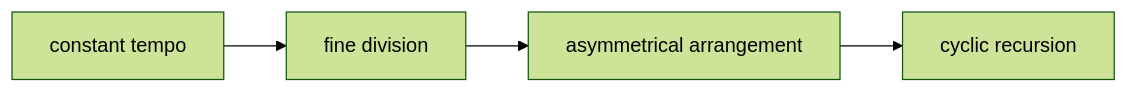
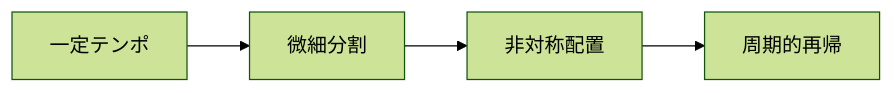
The diagram in en/_posts/2026-01-11-column-idm-jazz-electronic-jazz-fusion.md (monumental-movement/monumental-movement.github.io), drawn with Mermaid (forest theme) before and after one commit. The commit also changed other lines of this file and 2196 other files, not shown here.

```diff
--- a/en/_posts/2026-01-11-column-idm-jazz-electronic-jazz-fusion.md
+++ b/en/_posts/2026-01-11-column-idm-jazz-electronic-jazz-fusion.md
@@ -86,6 +86,6 @@
 <div class="mermaid">
 graph LR
-A[constant tempo] --> B[fine division]
-B --> C[asymmetrical arrangement]
-C --> D[cyclic recursion]
+A[一定テンポ] --> B[微細分割]
+B --> C[非対称配置]
+C --> D[周期的再帰]
 </div>
```
